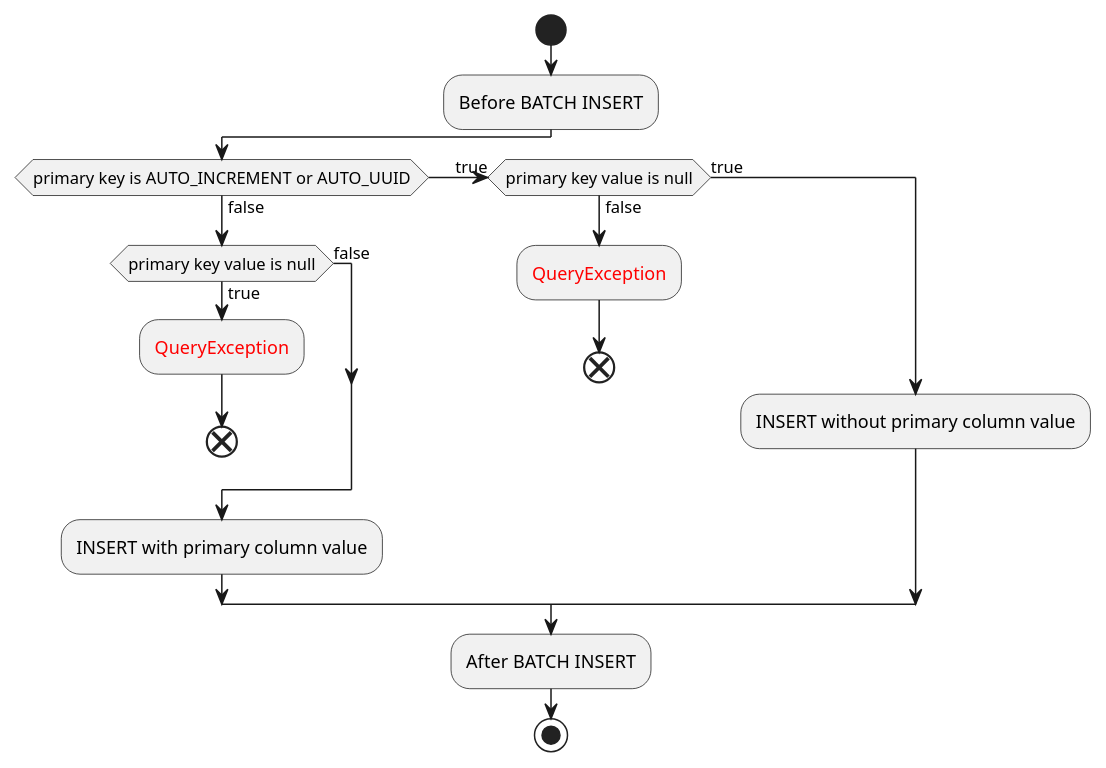
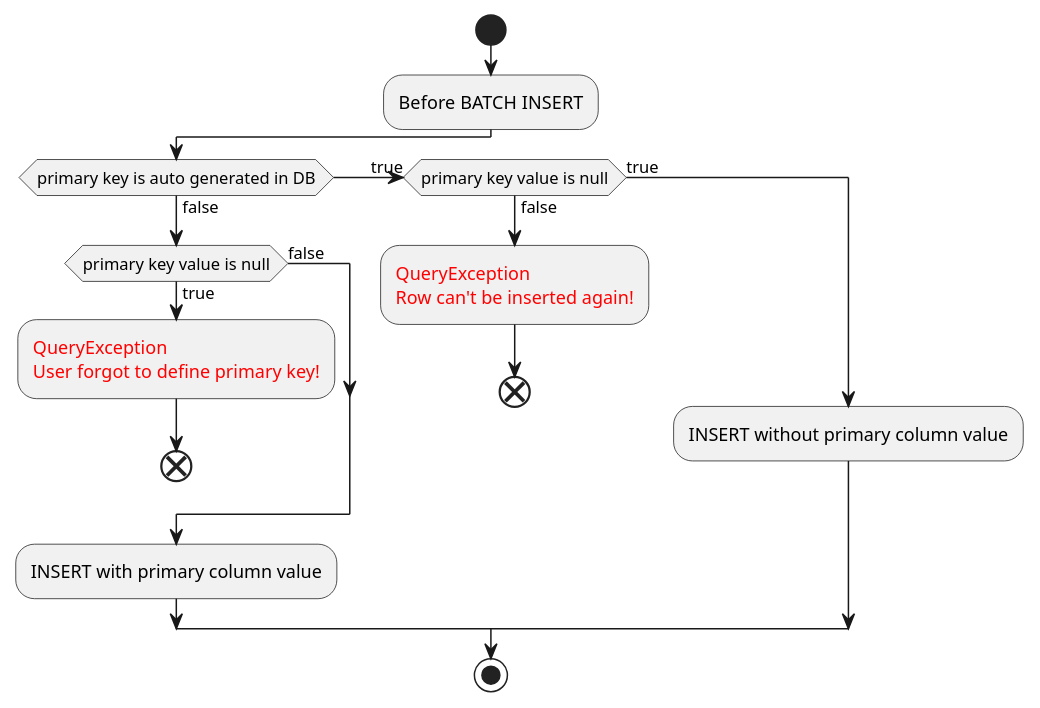
Before and after one commit to urosjarc/db-messiah: the diagram in specs/queries/BATCH_INSERT.puml, drawn with PlantUML. The commit also changed 13 other files, not shown here.

Commit message:
Adding ext_isOptional, autoGenerated, fix driver insert and set insert query like its says in the specs.

```diff
--- a/specs/queries/BATCH_INSERT.puml
+++ b/specs/queries/BATCH_INSERT.puml
@@ -1,23 +1,24 @@
 @startuml
 start
 :Before BATCH INSERT;
-if (primary key is AUTO_INCREMENT or AUTO_UUID) then(false)
+if (primary key is auto generated in DB) then(false)
 
     if(primary key value is null) then(true)
-        :<color:red>QueryException;
+        :<color:red>QueryException
+        <color:red>User forgot to define primary key!;
         end
     else (false)
     endif
 
 :INSERT with primary column value;
 
 (true) elseif(primary key value is null) then(false)
-    :<color:red>QueryException;
+    :<color:red>QueryException
+    <color:red>Row can't be inserted again!;
     end
 else (true)
     :INSERT without primary column value;
 endif
 
-:After BATCH INSERT;
 stop
 @enduml
```
